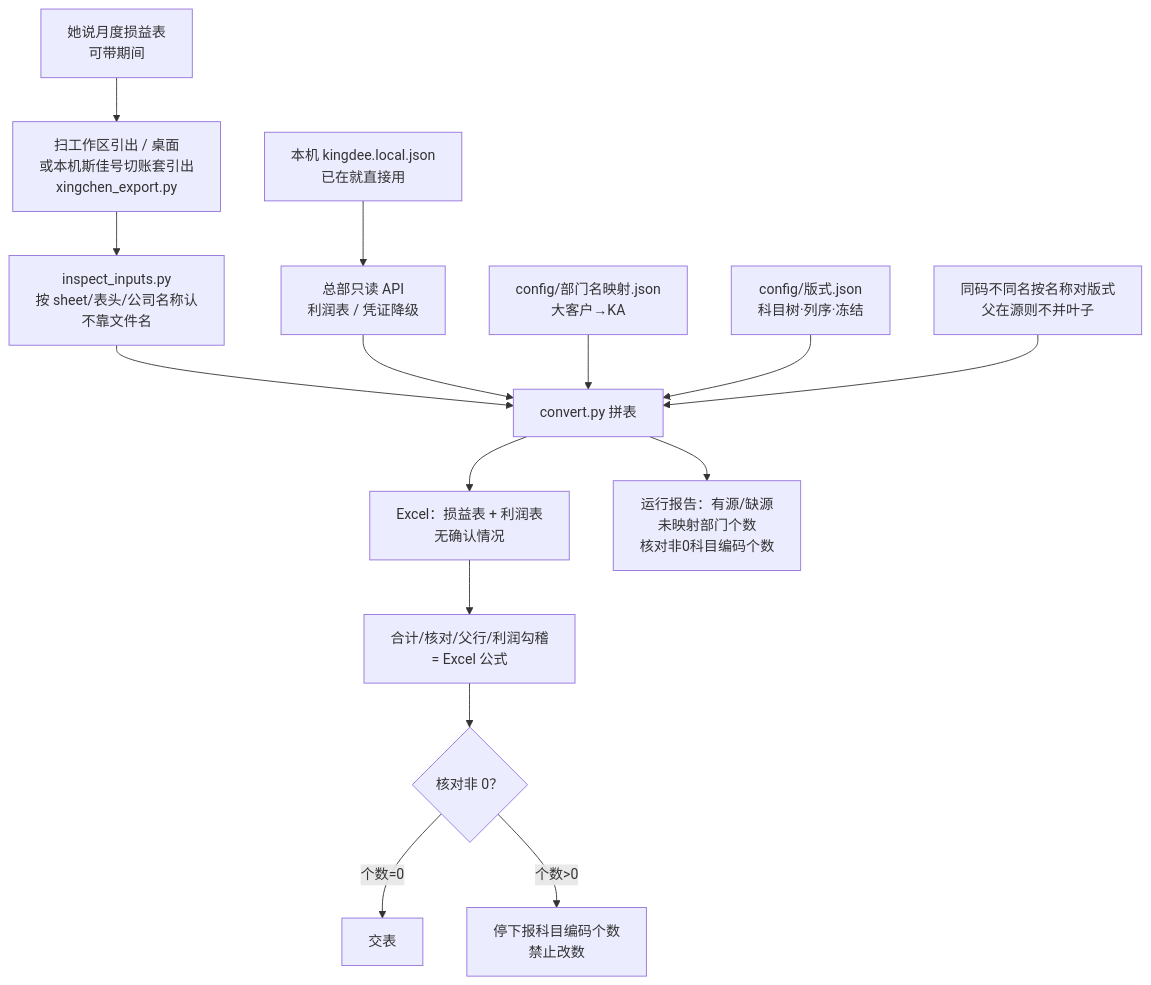
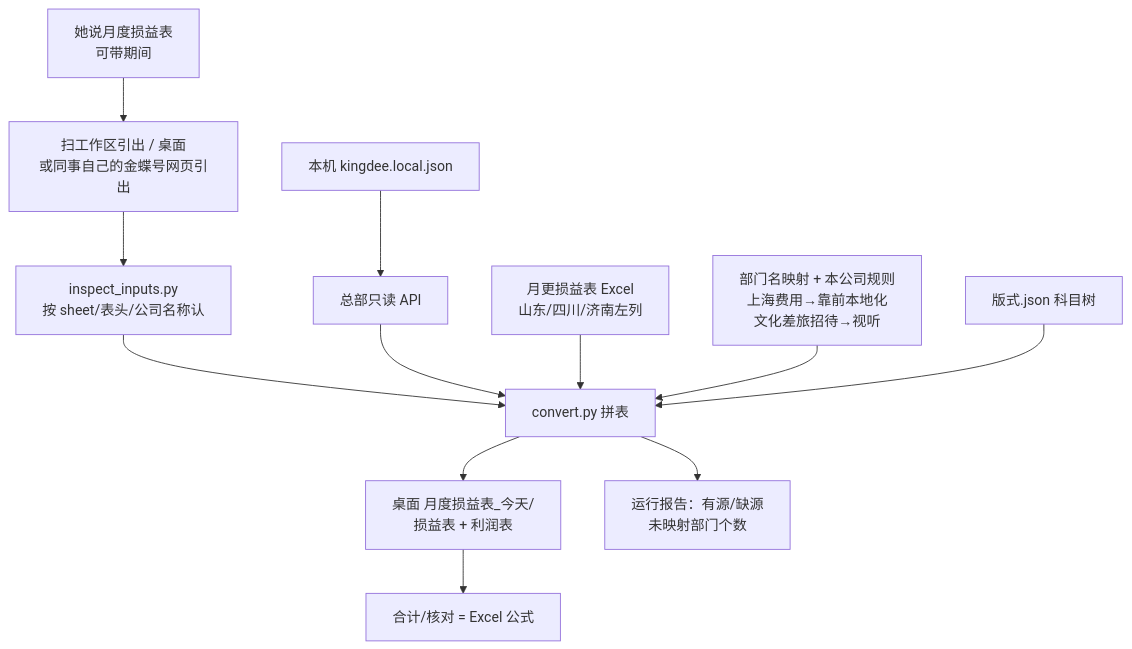
The diagram in skills/pl-dept-report/README.md (EvanLee2004/finance-skills), drawn with Mermaid before and after one commit. The commit also changed other lines of this file and 32 other files, not shown here.

````diff
--- a/skills/pl-dept-report/README.md
+++ b/skills/pl-dept-report/README.md
@@ -54,17 +54,14 @@
 ```mermaid
 flowchart TD
-  IN["她说月度损益表<br/>可带期间"] --> FIND["扫工作区引出 / 桌面<br/>或本机斯佳号切账套引出<br/>xingchen_export.py"]
-  FIND --> INS["inspect_inputs.py<br/>按 sheet/表头/公司名称认<br/>不靠文件名"]
-  KEY["本机 kingdee.local.json<br/>已在就直接用"] --> API["总部只读 API<br/>利润表 / 凭证降级"]
+  IN["她说月度损益表<br/>可带期间"] --> FIND["扫工作区引出 / 桌面<br/>或同事自己的金蝶号网页引出"]
+  FIND --> INS["inspect_inputs.py<br/>按 sheet/表头/公司名称认"]
+  KEY["本机 kingdee.local.json"] --> API["总部只读 API"]
   INS --> MERGE["convert.py 拼表"]
   API --> MERGE
-  MAP["config/部门名映射.json<br/>大客户→KA"] --> MERGE
-  LAY["config/版式.json<br/>科目树·列序·冻结"] --> MERGE
-  NAME["同码不同名按名称对版式<br/>父在源则不并叶子"] --> MERGE
-  MERGE --> X["Excel：损益表 + 利润表<br/>无确认情况"]
-  MERGE --> R["运行报告：有源/缺源<br/>未映射部门个数<br/>核对非0科目编码个数"]
-  X --> F["合计/核对/父行/利润勾稽<br/>= Excel 公式"]
-  F --> CHK{"核对非 0？"}
-  CHK -->|"个数=0"| OK["交表"]
-  CHK -->|"个数>0"| STOP["停下报科目编码个数<br/>禁止改数"]
+  OFF["月更损益表 Excel<br/>山东/四川/济南左列"] --> MERGE
+  MAP["部门名映射 + 本公司规则<br/>上海费用→靠前本地化<br/>文化差旅招待→视听"] --> MERGE
+  LAY["版式.json 科目树"] --> MERGE
+  MERGE --> X["桌面 月度损益表_今天/<br/>损益表 + 利润表"]
+  MERGE --> R["运行报告：有源/缺源<br/>未映射部门个数"]
+  X --> F["合计/核对 = Excel 公式"]
 ```
````
